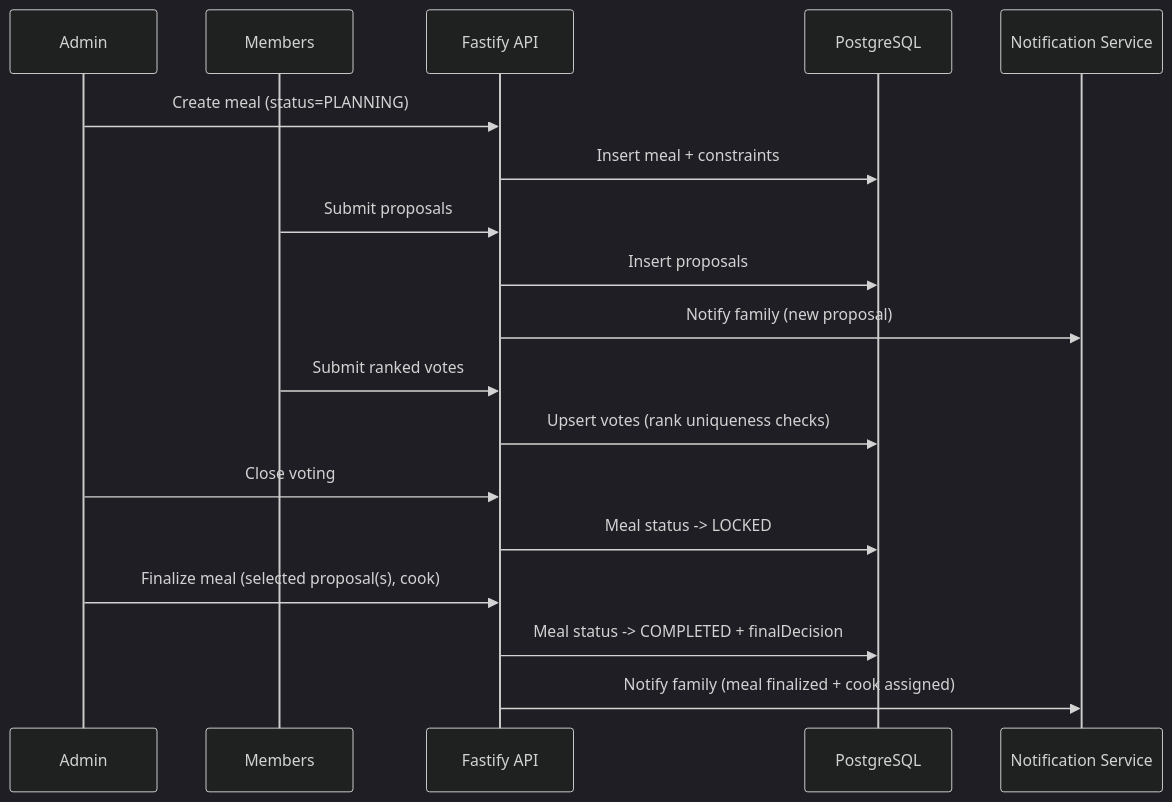
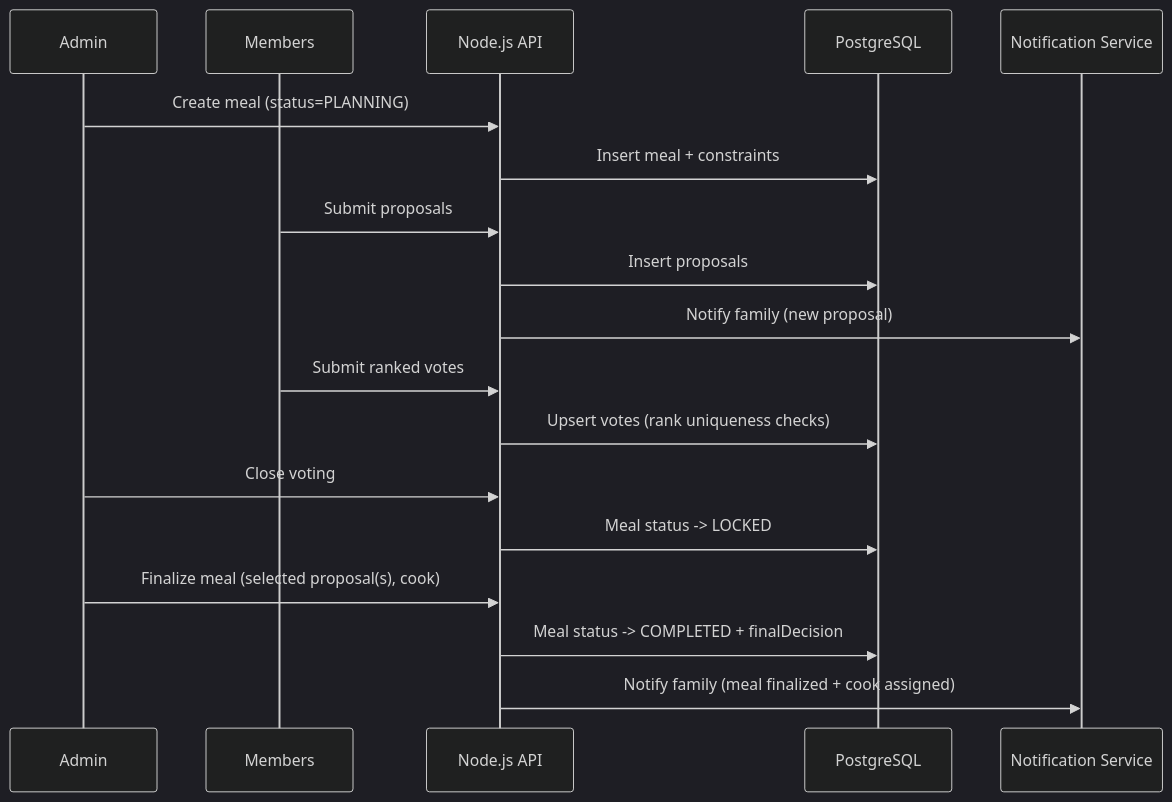
Before and after one commit to nldq092203/FamMeal: the third of 6 diagrams in README.md, drawn with Mermaid (dark theme). The commit also changed other lines of this file and 1 other file, not shown here.

````diff
--- a/README.md
+++ b/README.md
@@ -131,25 +131,25 @@
 ```mermaid
 sequenceDiagram
     participant A as Admin
     participant M as Members
-    participant API as Fastify API
+    participant API as Node.js API
     participant DB as PostgreSQL
     participant N as Notification Service
 
     A->>API: Create meal (status=PLANNING)
     API->>DB: Insert meal + constraints
 
     M->>API: Submit proposals
     API->>DB: Insert proposals
     API->>N: Notify family (new proposal)
 
     M->>API: Submit ranked votes
     API->>DB: Upsert votes (rank uniqueness checks)
 
     A->>API: Close voting
     API->>DB: Meal status -> LOCKED
 
     A->>API: Finalize meal (selected proposal(s), cook)
     API->>DB: Meal status -> COMPLETED + finalDecision
     API->>N: Notify family (meal finalized + cook assigned)
 ```
````
